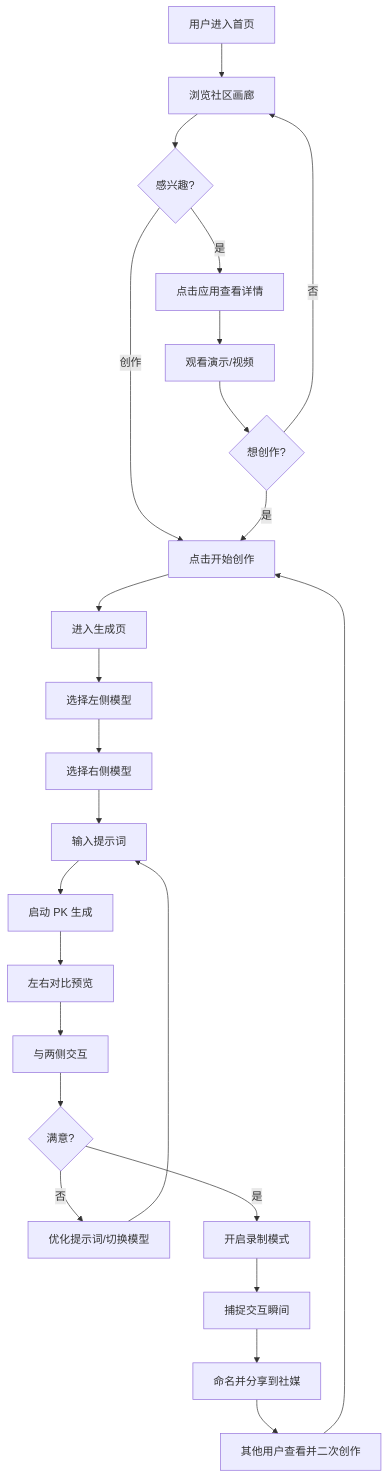
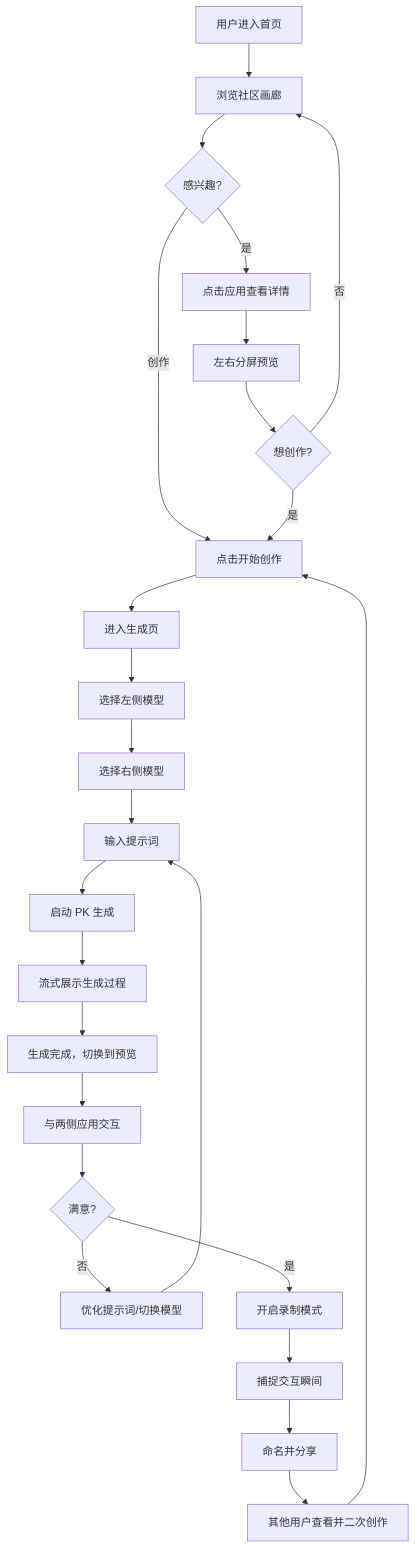
Before and after one commit to jax-cn/novita-areana: the diagram in docs/prd/00-产品概览.md, drawn with Mermaid. The commit also changed other lines of this file and 6 other files, not shown here.

````diff
--- a/docs/prd/00-产品概览.md
+++ b/docs/prd/00-产品概览.md
@@ -127,27 +129,28 @@
 ```mermaid
 graph TD
     A[用户进入首页] --> B[浏览社区画廊]
     B --> C{感兴趣?}
     C -->|是| D[点击应用查看详情]
     C -->|创作| E[点击开始创作]
-    D --> F[观看演示/视频]
+    D --> F[左右分屏预览]
     F --> G{想创作?}
     G -->|是| E
     G -->|否| B
 
     E --> H[进入生成页]
     H --> I[选择左侧模型]
     I --> J[选择右侧模型]
     J --> K[输入提示词]
     K --> L[启动 PK 生成]
-    L --> M[左右对比预览]
-    M --> N[与两侧交互]
-    N --> O{满意?}
-    O -->|否| P[优化提示词/切换模型]
-    P --> K
-    O -->|是| Q[开启录制模式]
-    Q --> R[捕捉交互瞬间]
-    R --> S[命名并分享到社媒]
-    S --> T[其他用户查看并二次创作]
-    T --> E
+    L --> M[流式展示生成过程]
+    M --> N[生成完成，切换到预览]
+    N --> O[与两侧应用交互]
+    O --> P{满意?}
+    P -->|否| Q[优化提示词/切换模型]
+    Q --> K
+    P -->|是| R[开启录制模式]
+    R --> S[捕捉交互瞬间]
+    S --> T[命名并分享]
+    T --> U[其他用户查看并二次创作]
+    U --> E
 ```
````
